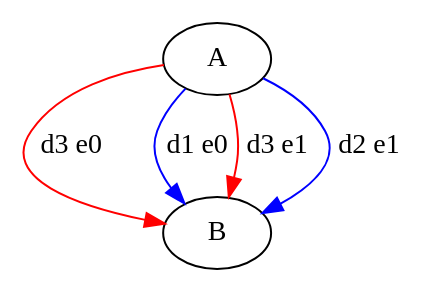
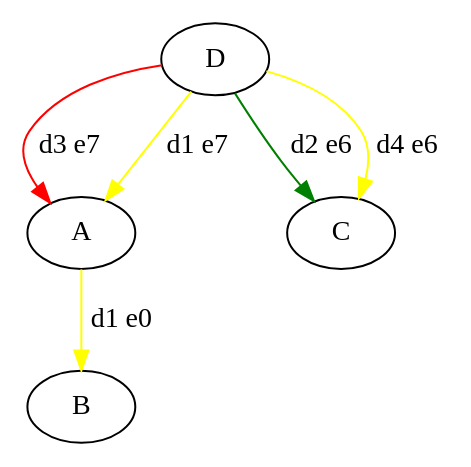
The diagram in src/assignedGraphs/assigned.dot (Hebbe1234/ExpectAll), drawn with Graphviz before and after one commit. The commit also changed 4 other files, not shown here.

```diff
--- a/src/assignedGraphs/assigned.dot
+++ b/src/assignedGraphs/assigned.dot
@@ -1,8 +1,11 @@
 digraph "G" {
 A;
 B;
-A -> B  [color=red, key=0, label="d3 e0"];
-A -> B  [color=blue, key=1, label="d1 e0"];
-A -> B  [color=red, key=2, label="d3 e1"];
-A -> B  [color=blue, key=3, label="d2 e1"];
+C;
+D;
+A -> B  [color=yellow, key=0, label="d1 e0"];
+D -> C  [color=green, key=0, label="d2 e6"];
+D -> C  [color=yellow, key=1, label="d4 e6"];
+D -> A  [color=red, key=0, label="d3 e7"];
+D -> A  [color=yellow, key=1, label="d1 e7"];
 }
```
